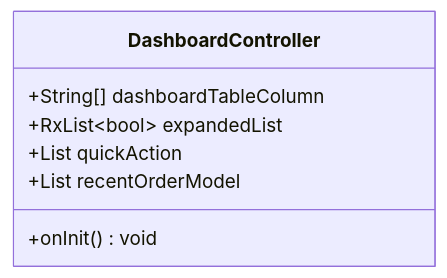
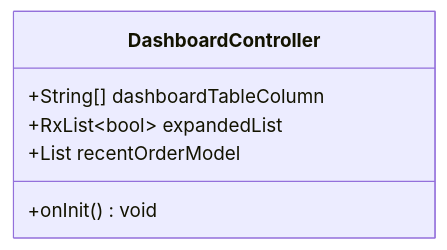
Before and after one commit to Ariful3111/FurniGo: the sixth of 10 diagrams in .qoder/repowiki/en/content/Core Features/Dashboard and Navigation.md, drawn with Mermaid. The commit also changed other lines of this file and 67 other files, not shown here.

````diff
--- a/.qoder/repowiki/en/content/Core Features/Dashboard and Navigation.md
+++ b/.qoder/repowiki/en/content/Core Features/Dashboard and Navigation.md
@@ -271,10 +304,9 @@
 ```mermaid
 classDiagram
 class DashboardController {
 +String[] dashboardTableColumn
 +RxList~bool~ expandedList
-+List quickAction
 +List recentOrderModel
 +onInit() void
 }
 ```
````
